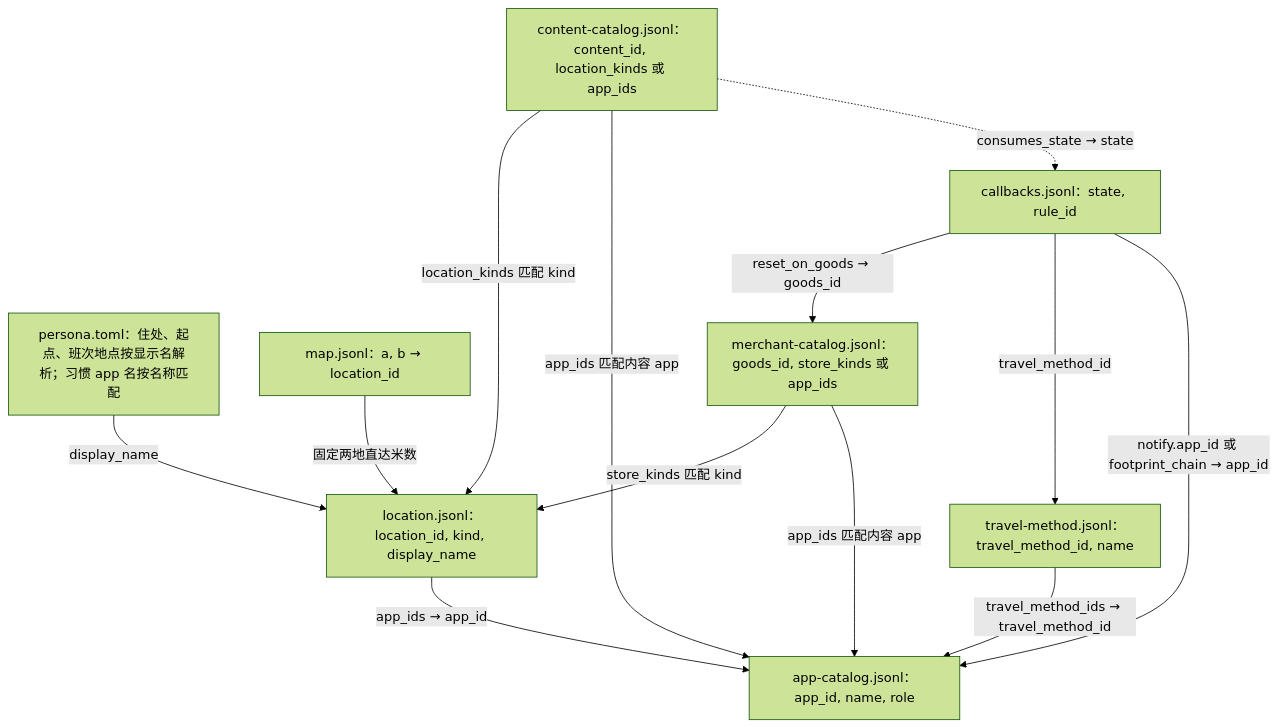
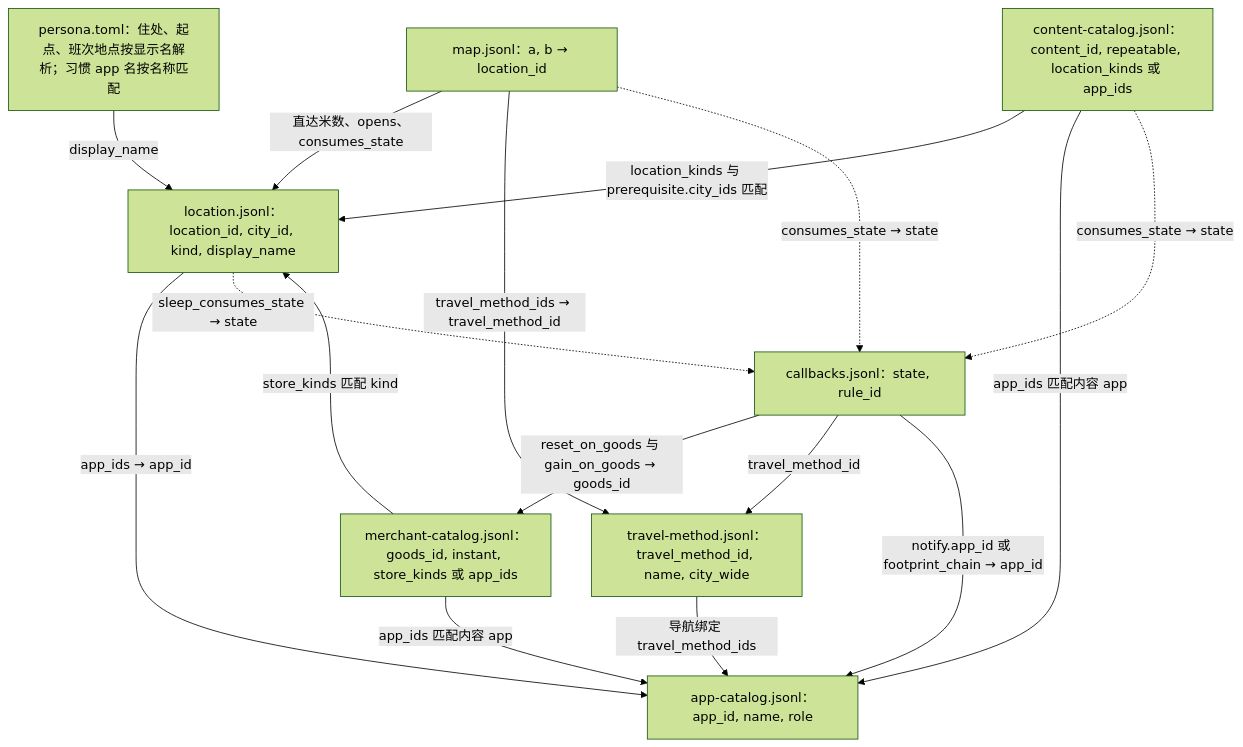
One commit to HoldThatThgt/WorldMock changed the second of 8 diagrams in docs/manual/resources.md. Above: the diagram before and after it, drawn with Mermaid (forest theme). The commit also changed other lines of this file and 113 other files, not shown here.

Commit message:
feat: add multi-city travel, instant fulfillment, hotel stays, and series prerequisites

````diff
--- a/docs/manual/resources.md
+++ b/docs/manual/resources.md
@@ -52,15 +52,18 @@
 ```mermaid
 flowchart TD
-    Persona["persona.toml：住处、起点、班次地点按显示名解析；习惯 app 名按名称匹配"] -->|"display_name"| Loc["location.jsonl：location_id, kind, display_name"]
+    Persona["persona.toml：住处、起点、班次地点按显示名解析；习惯 app 名按名称匹配"] -->|"display_name"| Loc["location.jsonl：location_id, city_id, kind, display_name"]
     Loc -->|"app_ids → app_id"| App["app-catalog.jsonl：app_id, name, role"]
-    Map["map.jsonl：a, b → location_id"] -->|"固定两地直达米数"| Loc
-    Travel["travel-method.jsonl：travel_method_id, name"] -->|"travel_method_ids → travel_method_id"| App
-    Goods["merchant-catalog.jsonl：goods_id, store_kinds 或 app_ids"] -->|"store_kinds 匹配 kind"| Loc
+    Map["map.jsonl：a, b → location_id"] -->|"直达米数、opens、consumes_state"| Loc
+    Map -->|"travel_method_ids → travel_method_id"| Travel["travel-method.jsonl：travel_method_id, name, city_wide"]
+    Travel -->|"导航绑定 travel_method_ids"| App
+    Goods["merchant-catalog.jsonl：goods_id, instant, store_kinds 或 app_ids"] -->|"store_kinds 匹配 kind"| Loc
     Goods -->|"app_ids 匹配内容 app"| App
-    Content["content-catalog.jsonl：content_id, location_kinds 或 app_ids"] -->|"location_kinds 匹配 kind"| Loc
+    Content["content-catalog.jsonl：content_id, repeatable, location_kinds 或 app_ids"] -->|"location_kinds 与 prerequisite.city_ids 匹配"| Loc
     Content -->|"app_ids 匹配内容 app"| App
-    Callbacks["callbacks.jsonl：state, rule_id"] -->|"reset_on_goods → goods_id"| Goods
+    Callbacks["callbacks.jsonl：state, rule_id"] -->|"reset_on_goods 与 gain_on_goods → goods_id"| Goods
     Callbacks -->|"travel_method_id"| Travel
     Callbacks -->|"notify.app_id 或 footprint_chain → app_id"| App
+    Loc -.->|"sleep_consumes_state → state"| Callbacks
+    Map -.->|"consumes_state → state"| Callbacks
     Content -.->|"consumes_state → state"| Callbacks
 ```
````
